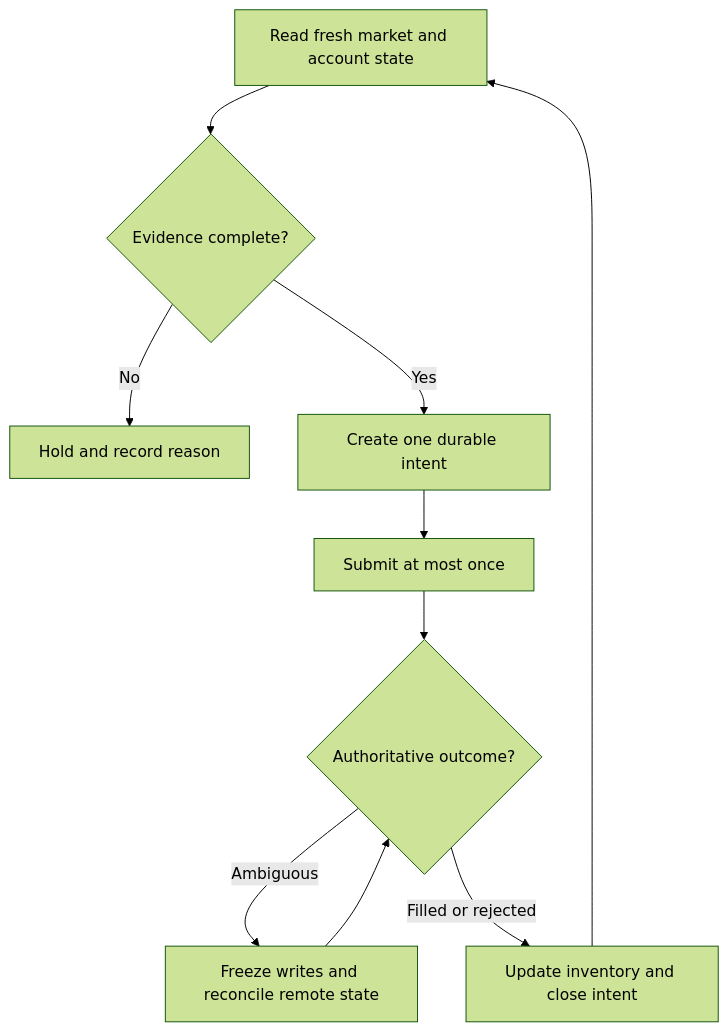
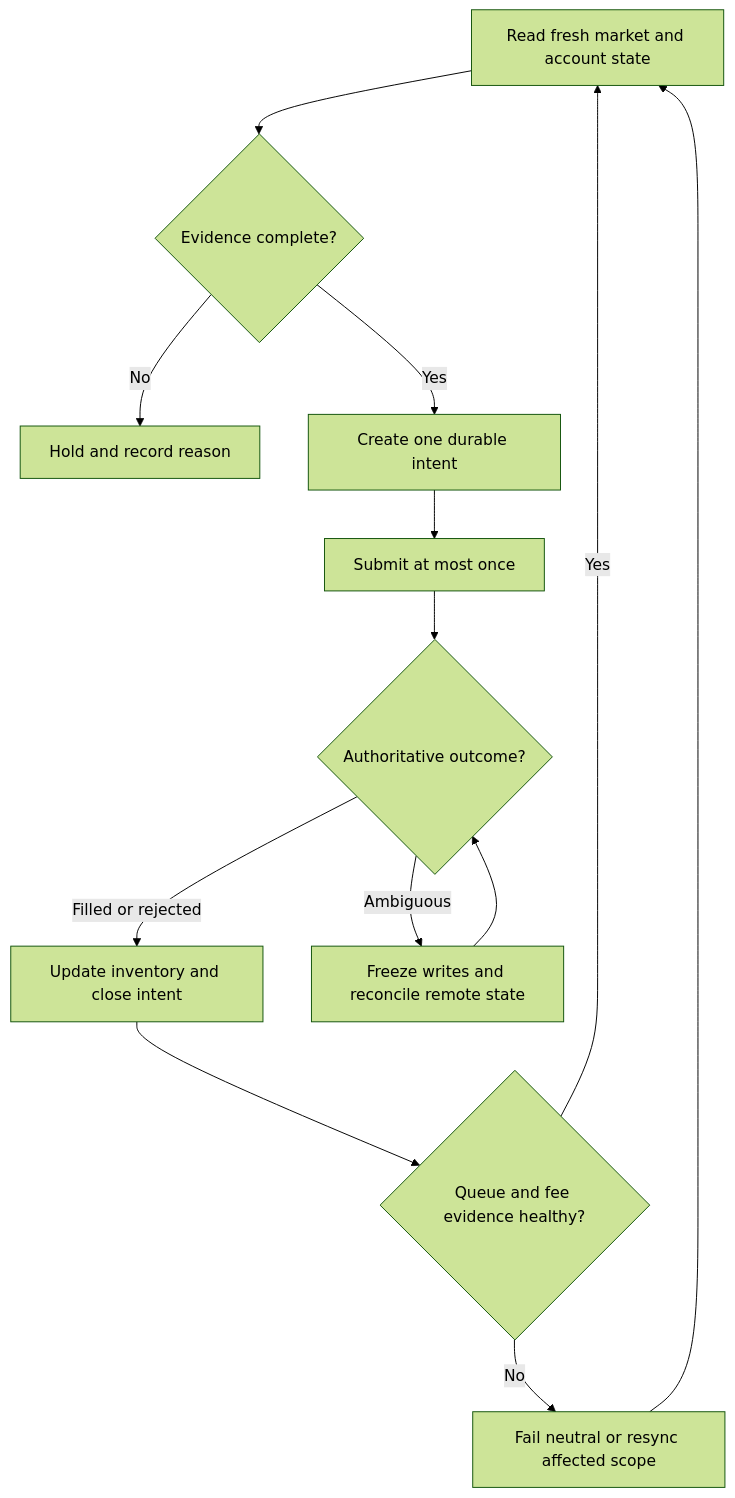
The diagram in docs/crypto-spread-bot-reliability.md (Jnapier2/automation-reliability-case-studies), drawn with Mermaid (forest theme) before and after one commit. The commit also changed other lines of this file and 5 other files, not shown here.

````diff
--- a/docs/crypto-spread-bot-reliability.md
+++ b/docs/crypto-spread-bot-reliability.md
@@ -44,12 +63,15 @@
 ```mermaid
 flowchart TD
     A["Read fresh market and account state"] --> B{"Evidence complete?"}
     B -- "No" --> H["Hold and record reason"]
     B -- "Yes" --> C["Create one durable intent"]
     C --> D["Submit at most once"]
     D --> E{"Authoritative outcome?"}
     E -- "Filled or rejected" --> F["Update inventory and close intent"]
     E -- "Ambiguous" --> G["Freeze writes and reconcile remote state"]
     G --> E
-    F --> A
+    F --> I{"Queue and fee evidence healthy?"}
+    I -- "No" --> J["Fail neutral or resync affected scope"]
+    I -- "Yes" --> A
+    J --> A
 ```
````
